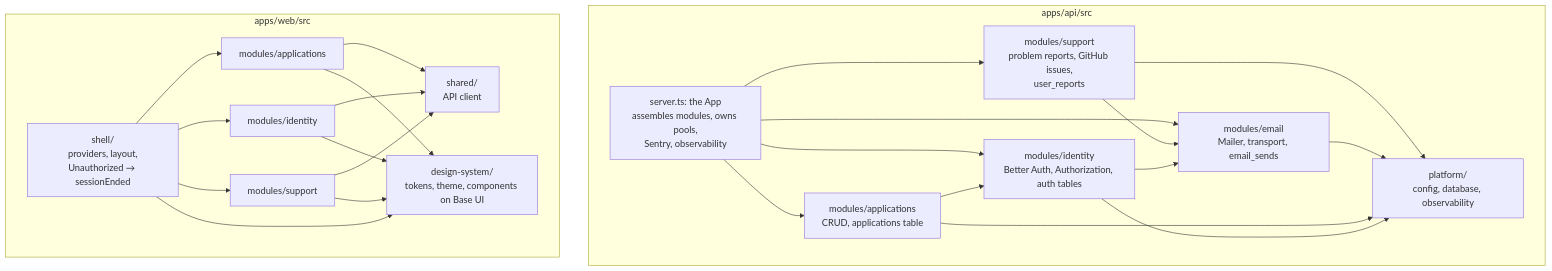
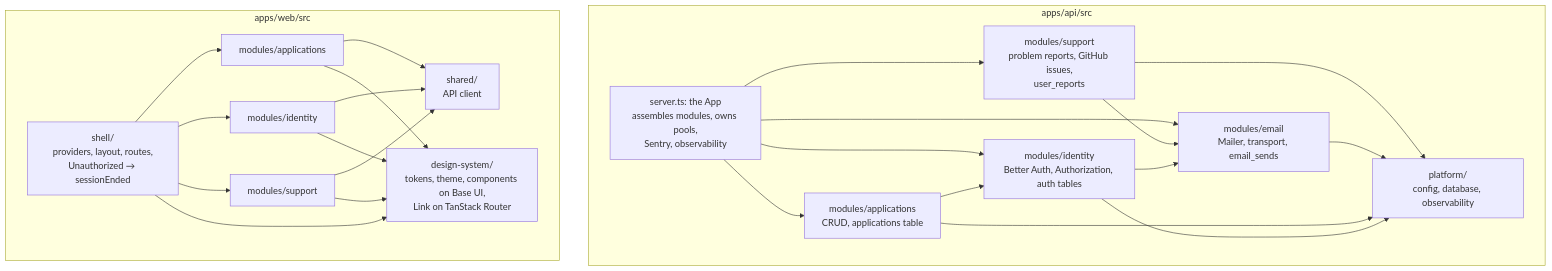
One commit to brianpatterson/roundtable changed the second of 8 diagrams in docs/architecture.md. Above: the diagram before and after it, drawn with Mermaid. The commit also changed other lines of this file and 14 other files, not shown here.

````diff
--- a/docs/architecture.md
+++ b/docs/architecture.md
@@ -74,21 +74,21 @@
 ```mermaid
 flowchart TB
   subgraph api[apps/api/src]
     server[server.ts: the App<br/>assembles modules, owns pools,<br/>Sentry, observability] --> applications & identity & email & support
     applications[modules/applications<br/>CRUD, applications table] --> identity
     support[modules/support<br/>problem reports, GitHub issues,<br/>user_reports] --> email
     support --> platform
     identity[modules/identity<br/>Better Auth, Authorization, auth tables] --> email
     email[modules/email<br/>Mailer, transport, email_sends] --> platform
     applications --> platform
     identity --> platform
     platform[platform/<br/>config, database, observability]
   end
   subgraph web[apps/web/src]
-    shell[shell/<br/>providers, layout,<br/>Unauthorized → sessionEnded] --> wapps[modules/applications] & wid[modules/identity] & wsup[modules/support]
+    shell[shell/<br/>providers, layout, routes,<br/>Unauthorized → sessionEnded] --> wapps[modules/applications] & wid[modules/identity] & wsup[modules/support]
     wapps --> wshared[shared/<br/>API client]
     wid --> wshared
     wsup --> wshared
-    shell & wapps & wid & wsup --> ds[design-system/<br/>tokens, theme, components on Base UI]
+    shell & wapps & wid & wsup --> ds[design-system/<br/>tokens, theme, components on Base UI,<br/>Link on TanStack Router]
   end
 ```
````
